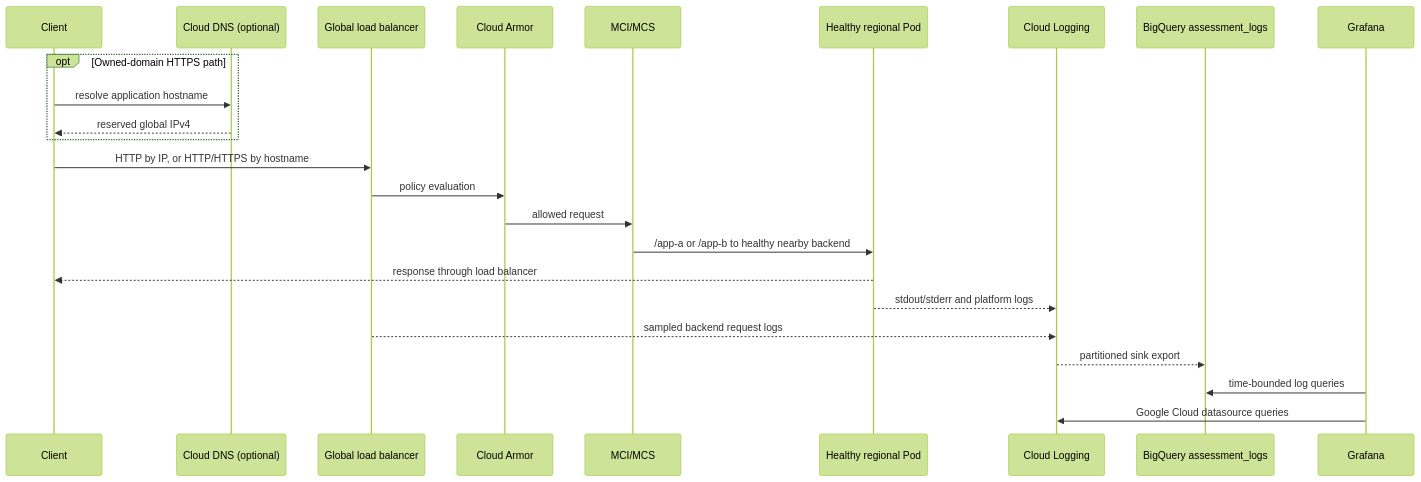
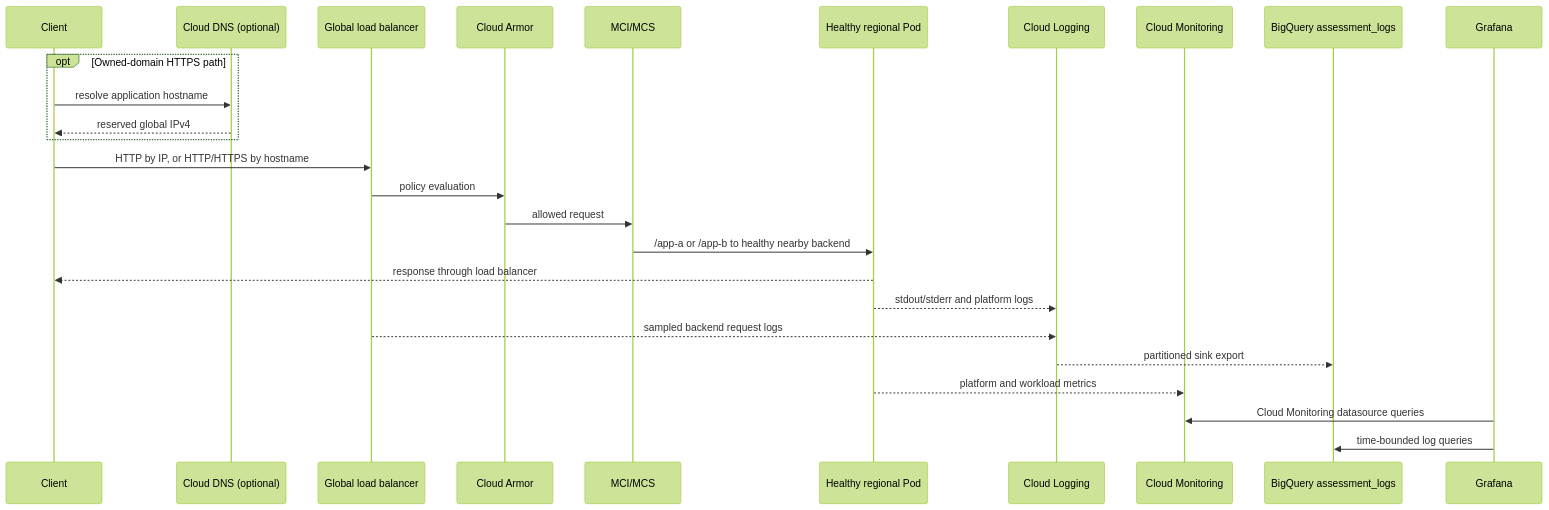
Before and after one commit to kamrank89/schwab-assessment: the diagram in docs/architecture/traffic-and-observability.md, drawn with Mermaid (forest theme). The commit also changed 18 other files, not shown here.

````diff
--- a/docs/architecture/traffic-and-observability.md
+++ b/docs/architecture/traffic-and-observability.md
@@ -5,27 +5,29 @@
 ```mermaid
 sequenceDiagram
   participant Client
   participant DNS as Cloud DNS (optional)
   participant LB as Global load balancer
   participant Armor as Cloud Armor
   participant MCI as MCI/MCS
   participant Pod as Healthy regional Pod
   participant Logging as Cloud Logging
+  participant Monitoring as Cloud Monitoring
   participant BQ as BigQuery assessment_logs
   participant Grafana
 
   opt Owned-domain HTTPS path
     Client->>DNS: resolve application hostname
     DNS-->>Client: reserved global IPv4
   end
   Client->>LB: HTTP by IP, or HTTP/HTTPS by hostname
   LB->>Armor: policy evaluation
   Armor->>MCI: allowed request
   MCI->>Pod: /app-a or /app-b to healthy nearby backend
   Pod-->>Client: response through load balancer
   Pod-->>Logging: stdout/stderr and platform logs
   LB-->>Logging: sampled backend request logs
   Logging-->>BQ: partitioned sink export
+  Pod-->>Monitoring: platform and workload metrics
+  Grafana->>Monitoring: Cloud Monitoring datasource queries
   Grafana->>BQ: time-bounded log queries
-  Grafana->>Logging: Google Cloud datasource queries
 ```
````
